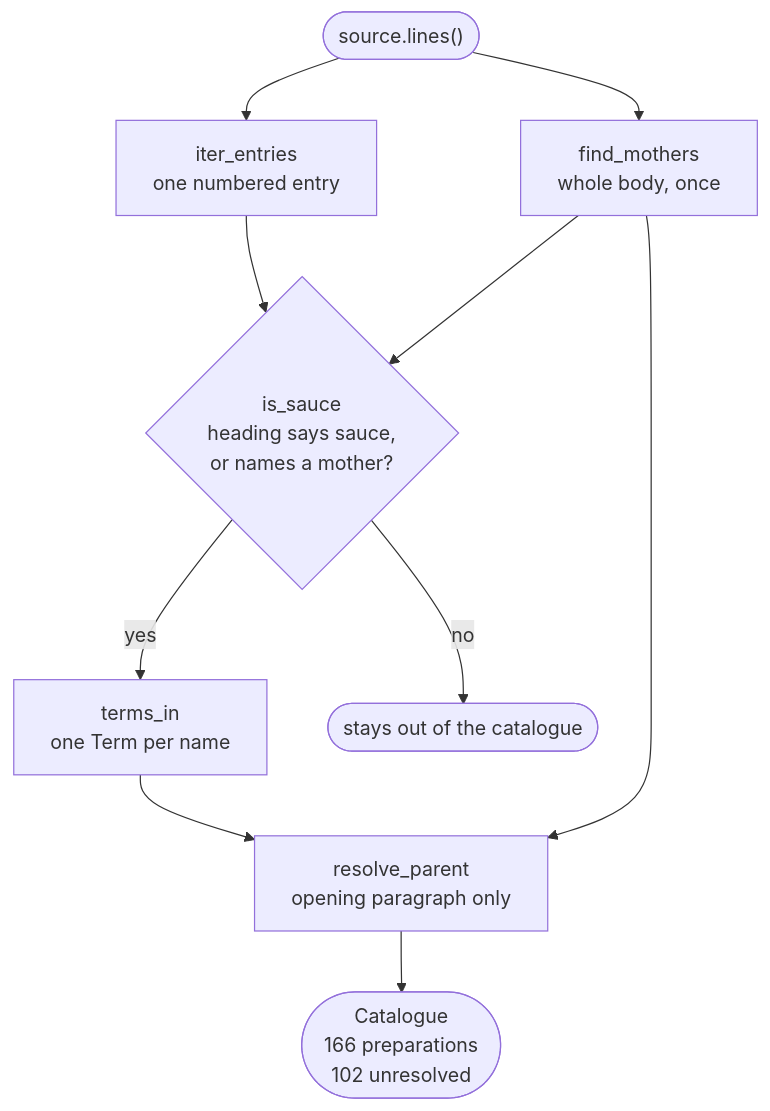
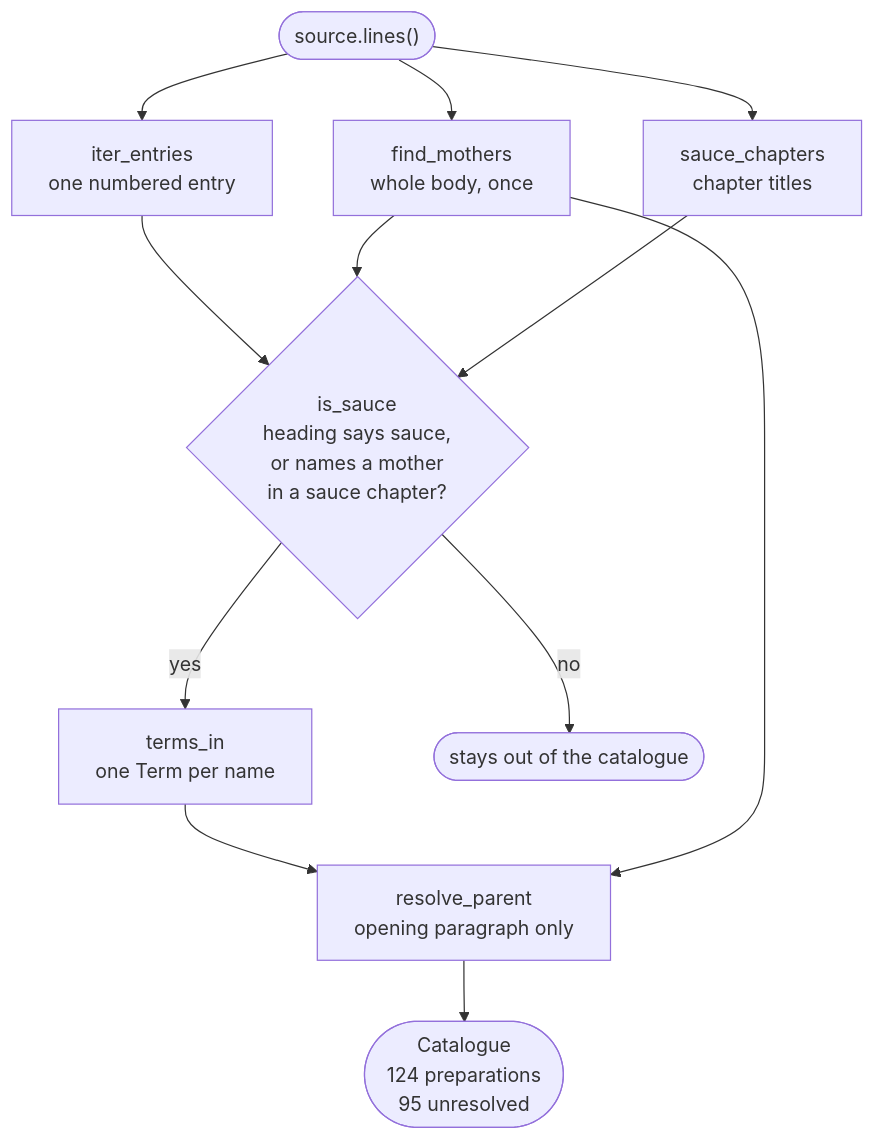
One commit to Alberto-Codes/saucier changed the diagram in docs/reference/data-model.md. Above: the diagram before and after it, drawn with Mermaid. The commit also changed other lines of this file and 34 other files, not shown here.

First line of the commit message:
fix(extraction)!: read what counts as a sauce from the source

````diff
--- a/docs/reference/data-model.md
+++ b/docs/reference/data-model.md
@@ -12,27 +12,31 @@
 ```mermaid
 flowchart TD
     accTitle: How one source becomes a catalogue
     accDescr {
-        The source reader yields lines, and two steps read them. find_mothers
-        scans the whole body once and returns the concepts the source calls
-        basic sauces. iter_entries walks the same lines and yields one numbered
-        entry at a time. The mother concepts then feed two later steps. is_sauce
-        tests each entry heading, keeps it when the heading says sauce or names
-        a mother, and rejects a heading shaped like a dish. A rejected entry
-        stays out of the catalogue. terms_in splits a kept heading into one
-        language-tagged Term per alternative name. resolve_parent reads the
-        opening paragraph only, and sets the parent to a mother that paragraph
-        names, or to None when it names none. The result is a Catalogue of 166
-        preparations, 64 resolved and 102 unresolved.
+        The source reader yields lines, and three steps read them.
+        find_mothers scans the whole body once and returns the concepts the
+        source calls basic sauces. sauce_chapters reads the chapter titles and
+        returns the line spans of the chapters the source titles as sauces.
+        iter_entries walks the same lines and yields one numbered entry at a
+        time. is_sauce tests each entry heading, keeps it when the heading
+        itself says sauce, and otherwise keeps it only when the heading names a
+        mother inside a sauce chapter. A rejected entry stays out of the
+        catalogue. terms_in splits a kept heading into one language-tagged Term
+        per alternative name. resolve_parent reads the opening paragraph only,
+        and sets the parent to the single mother that paragraph names, or to
+        None when it names none or names more than one. The result is a
+        Catalogue of 124 preparations, 29 resolved and 95 unresolved.
     }
 
     lines(["source.lines()"]) --> entries["iter_entries<br/>one numbered entry"]
-    entries --> sauce{"is_sauce<br/>heading says sauce,<br/>or names a mother?"}
+    entries --> sauce{"is_sauce<br/>heading says sauce,<br/>or names a mother<br/>in a sauce chapter?"}
     sauce -->|yes| terms["terms_in<br/>one Term per name"]
     terms --> parent["resolve_parent<br/>opening paragraph only"]
-    parent --> cat(["Catalogue<br/>166 preparations<br/>102 unresolved"])
+    parent --> cat(["Catalogue<br/>124 preparations<br/>95 unresolved"])
     sauce -->|no| drop(["stays out of the catalogue"])
     lines --> mothers["find_mothers<br/>whole body, once"]
+    lines --> chapters["sauce_chapters<br/>chapter titles"]
     mothers --> sauce
+    chapters --> sauce
     mothers --> parent
 ```
````
